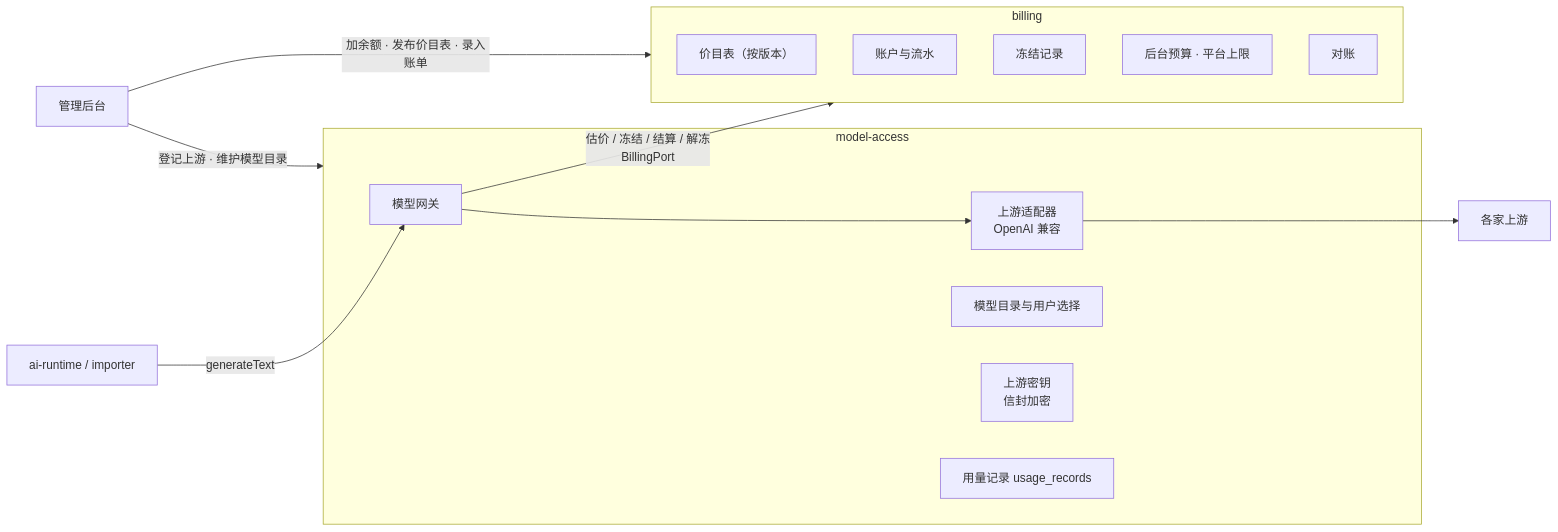
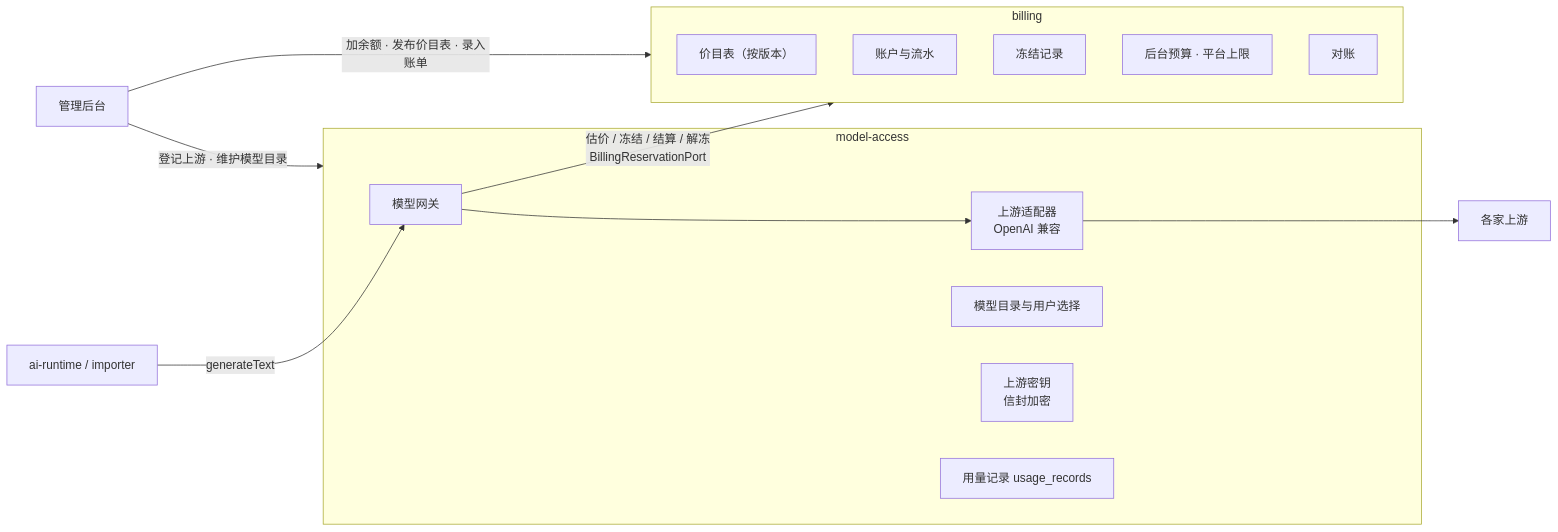
One commit to yottermanzione-ship-it/weiban changed the first of 2 diagrams in docs/architecture/billing.md. Above: the diagram before and after it, drawn with Mermaid. The commit also changed other lines of this file and 9 other files, not shown here.

````diff
--- a/docs/architecture/billing.md
+++ b/docs/architecture/billing.md
@@ -26,21 +26,21 @@
 ```mermaid
 graph LR
   AI[ai-runtime / importer] -->|generateText| GW
   subgraph MA[model-access]
     GW[模型网关] --> UP[上游适配器<br/>OpenAI 兼容]
     CAT[模型目录与用户选择]
     KEY[上游密钥<br/>信封加密]
     USE[用量记录 usage_records]
   end
   subgraph BI[billing]
     PRICE[价目表（按版本）]
     WAL[账户与流水]
     HOLD[冻结记录]
     BUD[后台预算 · 平台上限]
     REC[对账]
   end
-  GW -->|估价 / 冻结 / 结算 / 解冻<br/>BillingPort| BI
+  GW -->|估价 / 冻结 / 结算 / 解冻<br/>BillingReservationPort| BI
   UP --> LLM[各家上游]
   ADMIN[管理后台] -->|加余额 · 发布价目表 · 录入账单| BI
   ADMIN -->|登记上游 · 维护模型目录| MA
 ```
````
